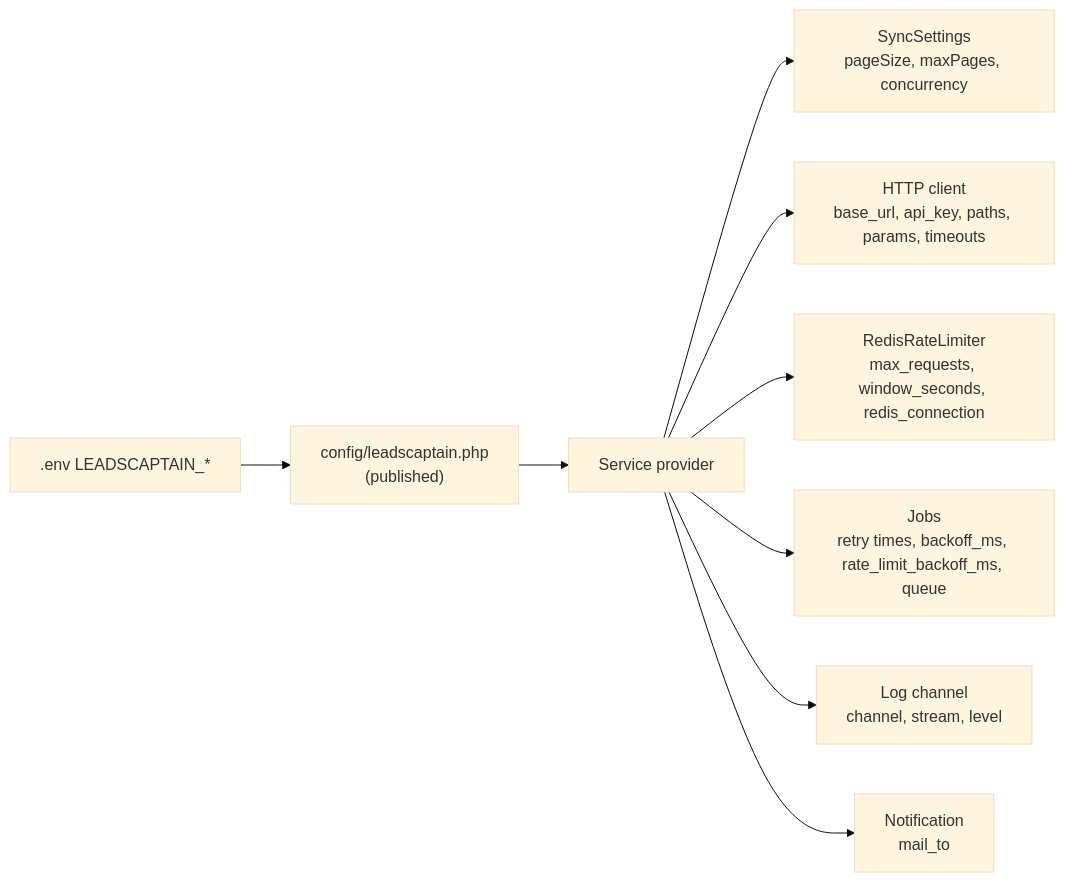
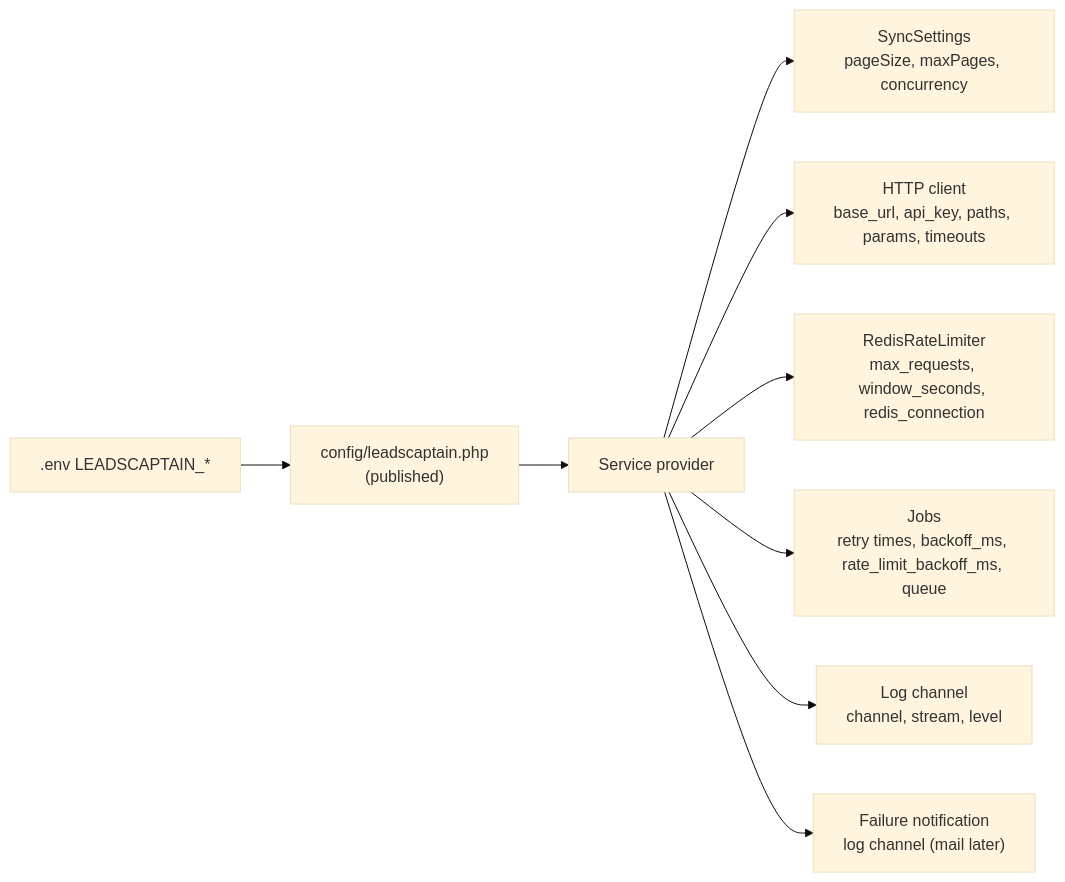
Diagram 11 of 11 in docs/architecture.md (er-pkumar/leadscaptain-integration), drawn with Mermaid (base theme) before and after one commit. The commit also changed other lines of this file, not shown here.

Commit message:
docs: add mock API and log-based failure notification to architecture

````diff
--- a/docs/architecture.md
+++ b/docs/architecture.md
@@ -442,11 +445,11 @@
 ```mermaid
 flowchart LR
     env[".env LEADSCAPTAIN_*"] --> cfg["config/leadscaptain.php<br/>(published)"]
     cfg --> sp["Service provider"]
     sp --> ss["SyncSettings<br/>pageSize, maxPages, concurrency"]
     sp --> httpc["HTTP client<br/>base_url, api_key, paths, params, timeouts"]
     sp --> rlc["RedisRateLimiter<br/>max_requests, window_seconds, redis_connection"]
     sp --> jobc["Jobs<br/>retry times, backoff_ms, rate_limit_backoff_ms, queue"]
     sp --> logc["Log channel<br/>channel, stream, level"]
-    sp --> nc["Notification<br/>mail_to"]
+    sp --> nc["Failure notification<br/>log channel (mail later)"]
 ```
````
